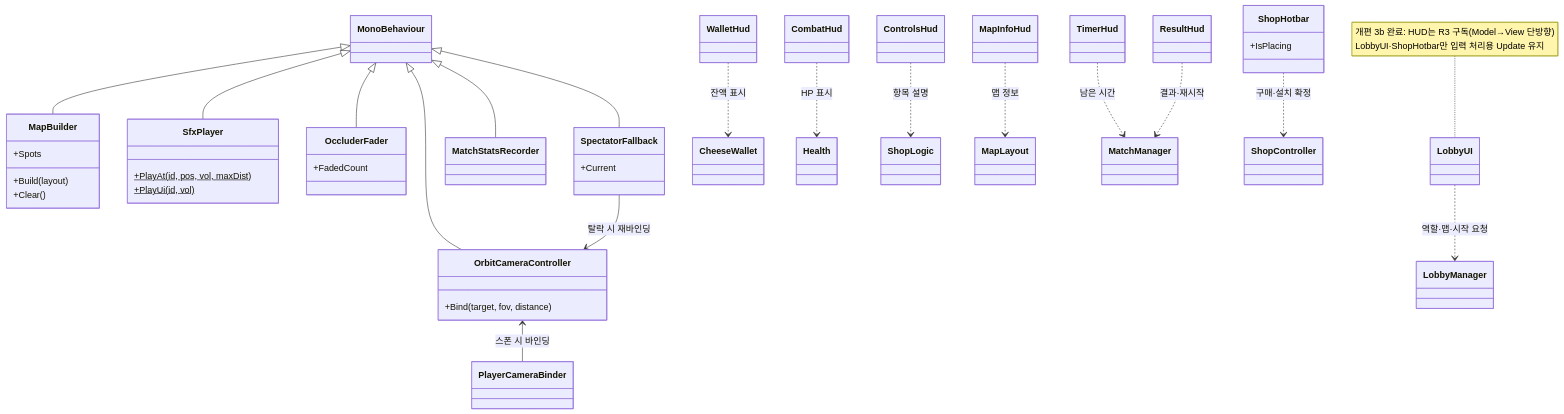
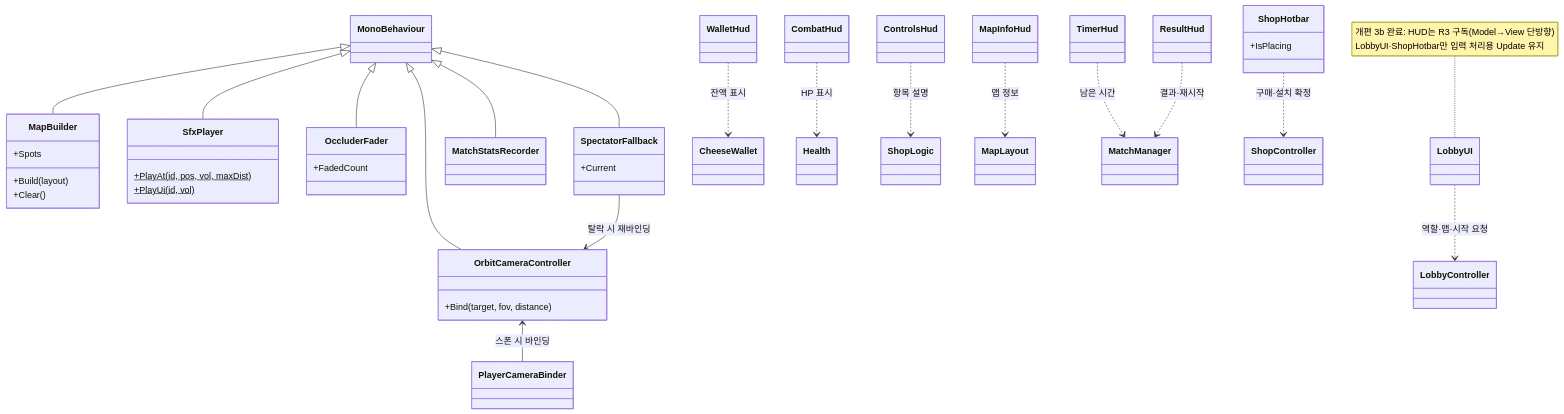
One commit to JeahanPark/The-Cheese-Thief-and-the-Cat changed the third of 6 diagrams in CTC/docs/design-vault/코드 다이어그램.md. Above: the diagram before and after it, drawn with Mermaid. The commit also changed other lines of this file and 2 other files, not shown here.

````diff
--- a/CTC/docs/design-vault/코드 다이어그램.md
+++ b/CTC/docs/design-vault/코드 다이어그램.md
@@ -151,55 +151,55 @@
 ```mermaid
 classDiagram
     direction TB
 
     class MapBuilder {
         +Build(layout)
         +Clear()
         +Spots
     }
     class SfxPlayer {
         +PlayAt(id, pos, vol, maxDist)$
         +PlayUi(id, vol)$
     }
     class OccluderFader {
         +FadedCount
     }
     class SpectatorFallback {
         +Current
     }
     class MatchStatsRecorder
     class OrbitCameraController {
         +Bind(target, fov, distance)
     }
 
     class LobbyUI
     class WalletHud
     class CombatHud
     class ControlsHud
     class MapInfoHud
     class TimerHud
     class ResultHud
     class ShopHotbar {
         +IsPlacing
     }
 
     MonoBehaviour <|-- MapBuilder
     MonoBehaviour <|-- SfxPlayer
     MonoBehaviour <|-- OccluderFader
     MonoBehaviour <|-- SpectatorFallback
     MonoBehaviour <|-- MatchStatsRecorder
     MonoBehaviour <|-- OrbitCameraController
 
-    LobbyUI ..> LobbyManager : 역할·맵·시작 요청
+    LobbyUI ..> LobbyController : 역할·맵·시작 요청
     WalletHud ..> CheeseWallet : 잔액 표시
     CombatHud ..> Health : HP 표시
     ControlsHud ..> ShopLogic : 항목 설명
     MapInfoHud ..> MapLayout : 맵 정보
     TimerHud ..> MatchManager : 남은 시간
     ResultHud ..> MatchManager : 결과·재시작
     ShopHotbar ..> ShopController : 구매·설치 확정
     OrbitCameraController <-- PlayerCameraBinder : 스폰 시 바인딩
     SpectatorFallback --> OrbitCameraController : 탈락 시 재바인딩
 
     note for LobbyUI "개편 3b 완료: HUD는 R3 구독(Model→View 단방향)<br/>LobbyUI·ShopHotbar만 입력 처리용 Update 유지"
 ```
````
